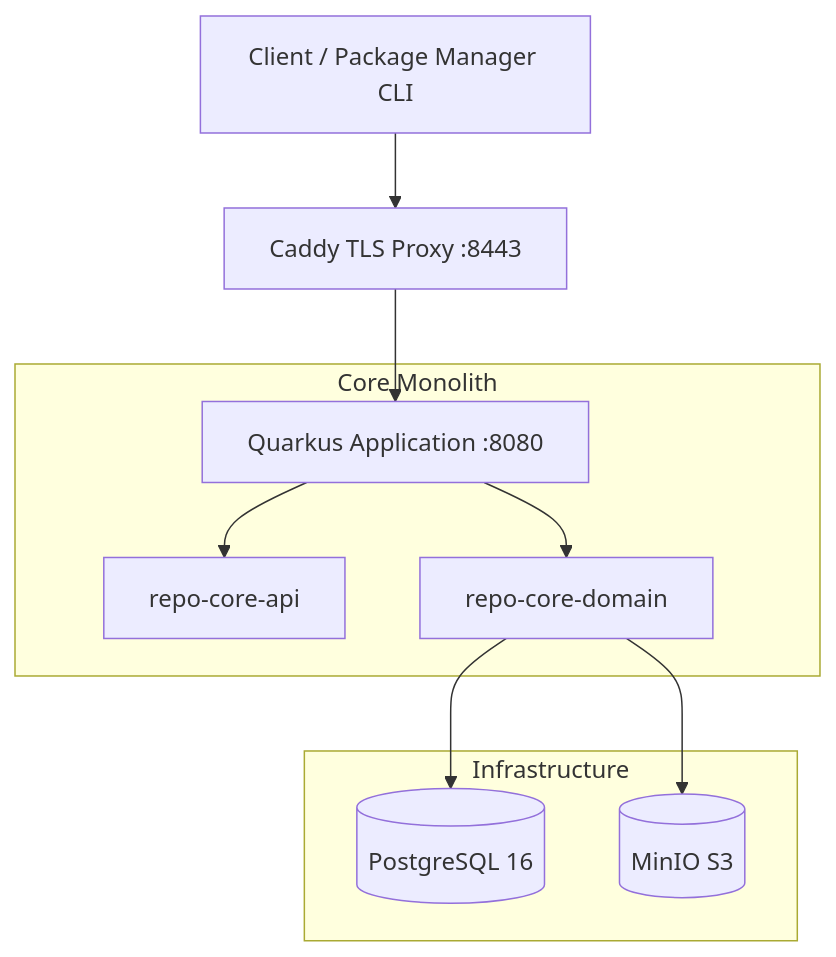
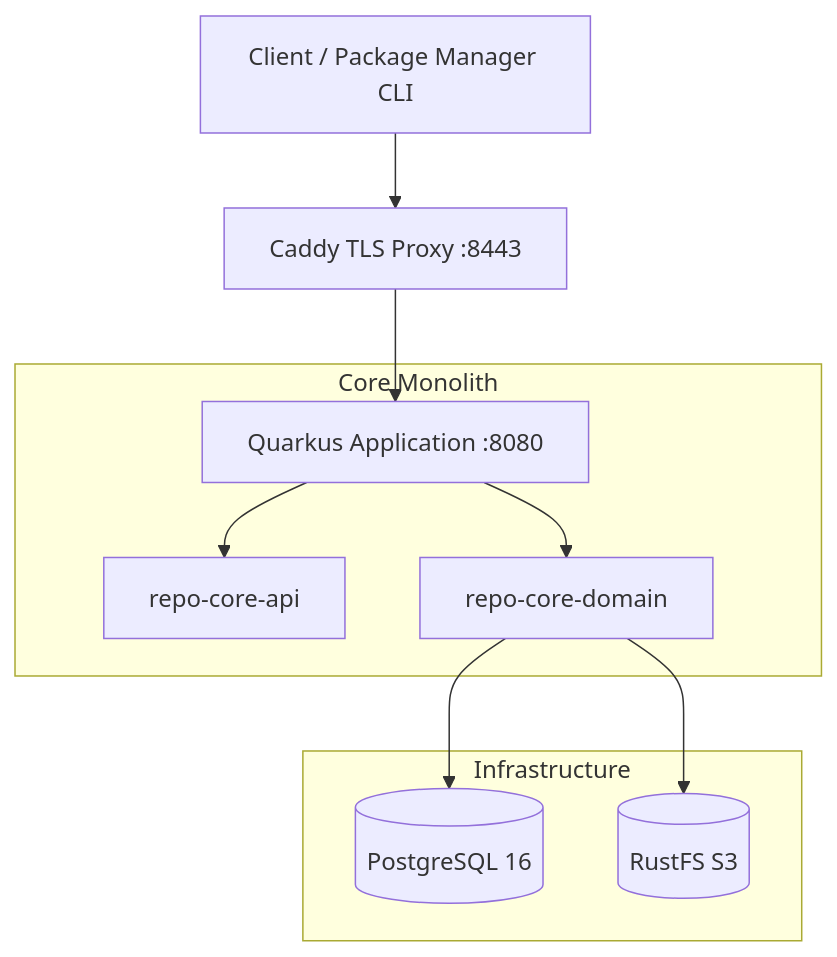
The second of 2 diagrams in .agents/templates/mermaid-templates.md (thoweber/OmniDepot), drawn with Mermaid before and after one commit. The commit also changed 18 other files, not shown here.

Commit message:
feat(storage): migrate S3 storage provider and local stack from MinIO to RustFS

````diff
--- a/.agents/templates/mermaid-templates.md
+++ b/.agents/templates/mermaid-templates.md
@@ -20,15 +20,15 @@
 ```mermaid
 graph TD
     Client[Client / Package Manager CLI] --> Proxy[Caddy TLS Proxy :8443]
     Proxy --> Monolith[Quarkus Application :8080]
 
     subgraph Core Monolith
         Monolith --> API[repo-core-api]
         Monolith --> Domain[repo-core-domain]
     end
 
     subgraph Infrastructure
         Domain --> Postgres[(PostgreSQL 16)]
-        Domain --> MinIO[(MinIO S3)]
+        Domain --> RustFS[(RustFS S3)]
     end
 ```
````
